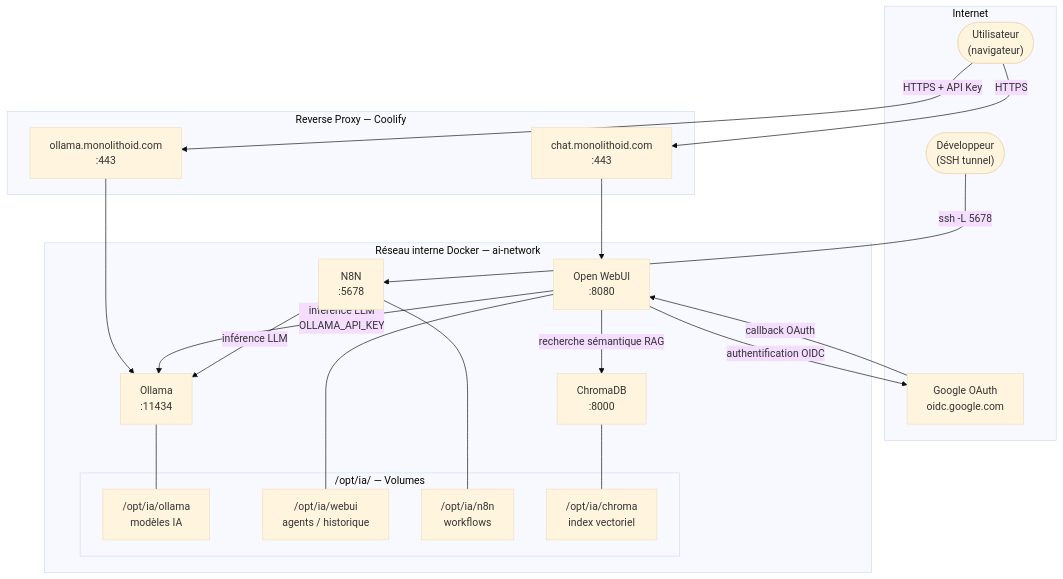
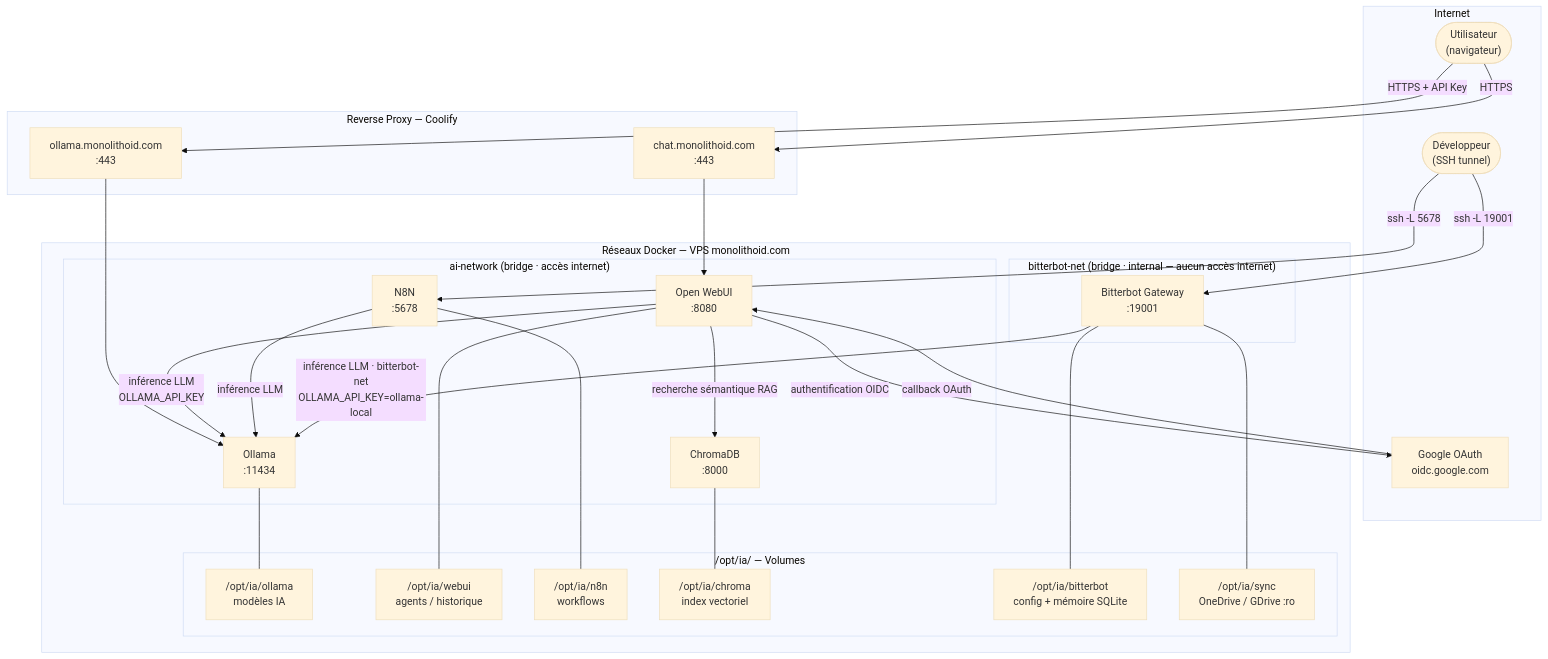
The diagram in README.md (Monolithoid/ia-agent), drawn with Mermaid (base theme) before and after one commit. The commit also changed other lines of this file, not shown here.

First line of the commit message:
docs: documenter l'intégration Bitterbot et la configuration VPS/Coolify

````diff
--- a/README.md
+++ b/README.md
@@ -7,46 +7,58 @@
 ```mermaid
 flowchart TB
     subgraph Internet
         User(["Utilisateur\n(navigateur)"])
         DevSSH(["Développeur\n(SSH tunnel)"])
         Google["Google OAuth\noidc.google.com"]
     end
 
     subgraph Coolify["Reverse Proxy — Coolify"]
         RP_Chat["chat.monolithoid.com\n:443"]
         RP_Ollama["ollama.monolithoid.com\n:443"]
     end
 
-    subgraph Docker["Réseau interne Docker — ai-network"]
-        WebUI["Open WebUI\n:8080"]
-        Ollama["Ollama\n:11434"]
-        N8N["N8N\n:5678"]
-        Chroma["ChromaDB\n:8000"]
+    subgraph Docker["Réseaux Docker — VPS monolithoid.com"]
+        subgraph aiNet["ai-network (bridge · accès internet)"]
+            WebUI["Open WebUI\n:8080"]
+            Ollama["Ollama\n:11434"]
+            N8N["N8N\n:5678"]
+            Chroma["ChromaDB\n:8000"]
+        end
+
+        subgraph bbNet["bitterbot-net (bridge · internal — aucun accès internet)"]
+            Bitterbot["Bitterbot Gateway\n:19001"]
+        end
 
         subgraph Volumes["/opt/ia/ — Volumes"]
             V_Ollama["/opt/ia/ollama\nmodèles IA"]
             V_WebUI["/opt/ia/webui\nagents / historique"]
             V_N8N["/opt/ia/n8n\nworkflows"]
             V_Chroma["/opt/ia/chroma\nindex vectoriel"]
+            V_BB["/opt/ia/bitterbot\nconfig + mémoire SQLite"]
+            V_Sync["/opt/ia/sync\nOneDrive / GDrive :ro"]
         end
     end
 
     User -->|HTTPS| RP_Chat
     User -->|HTTPS + API Key| RP_Ollama
     DevSSH -->|"ssh -L 5678"| N8N
+    DevSSH -->|"ssh -L 19001"| Bitterbot
 
     RP_Chat --> WebUI
     RP_Ollama --> Ollama
 
     WebUI -->|"authentification OIDC"| Google
     Google -->|"callback OAuth"| WebUI
 
     WebUI -->|"inférence LLM\nOLLAMA_API_KEY"| Ollama
     WebUI -->|"recherche sémantique RAG"| Chroma
     N8N -->|"inférence LLM"| Ollama
+    Bitterbot -->|"inférence LLM · bitterbot-net\nOLLAMA_API_KEY=ollama-local"| Ollama
 
     Ollama --- V_Ollama
     WebUI --- V_WebUI
     N8N --- V_N8N
     Chroma --- V_Chroma
+    Bitterbot --- V_BB
+    Bitterbot --- V_Sync
 ```
````
